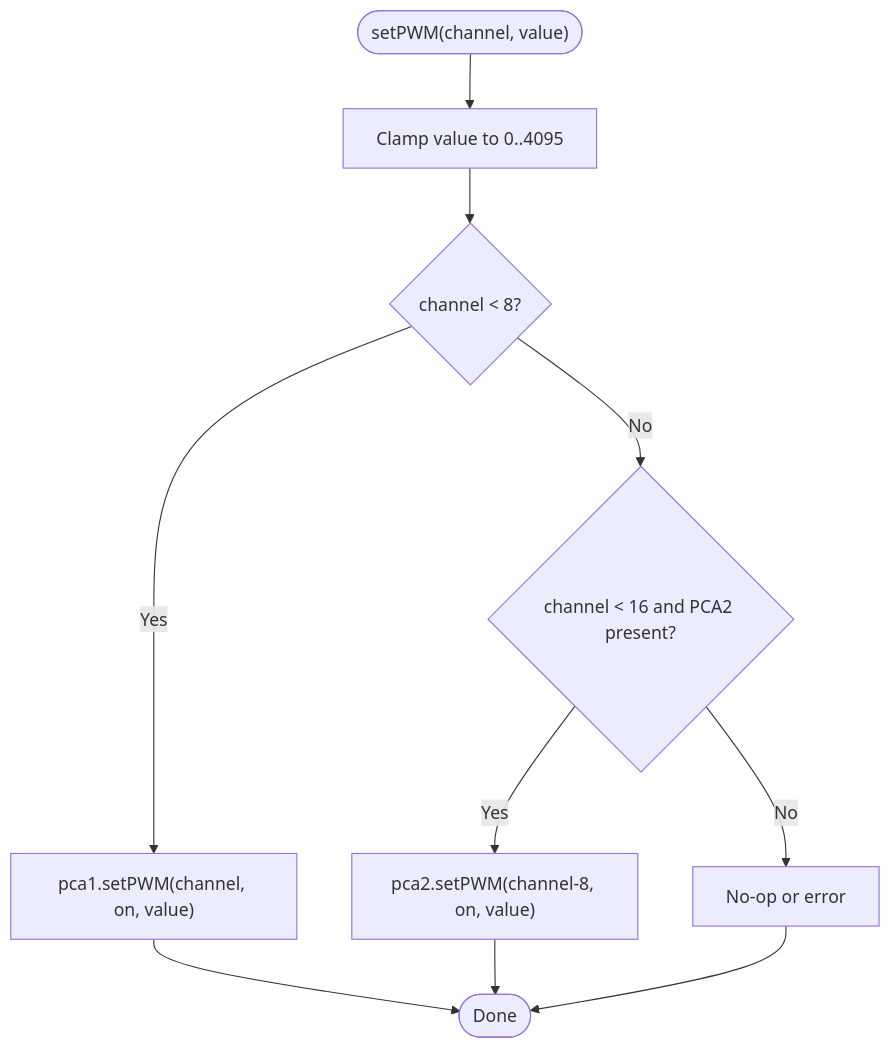
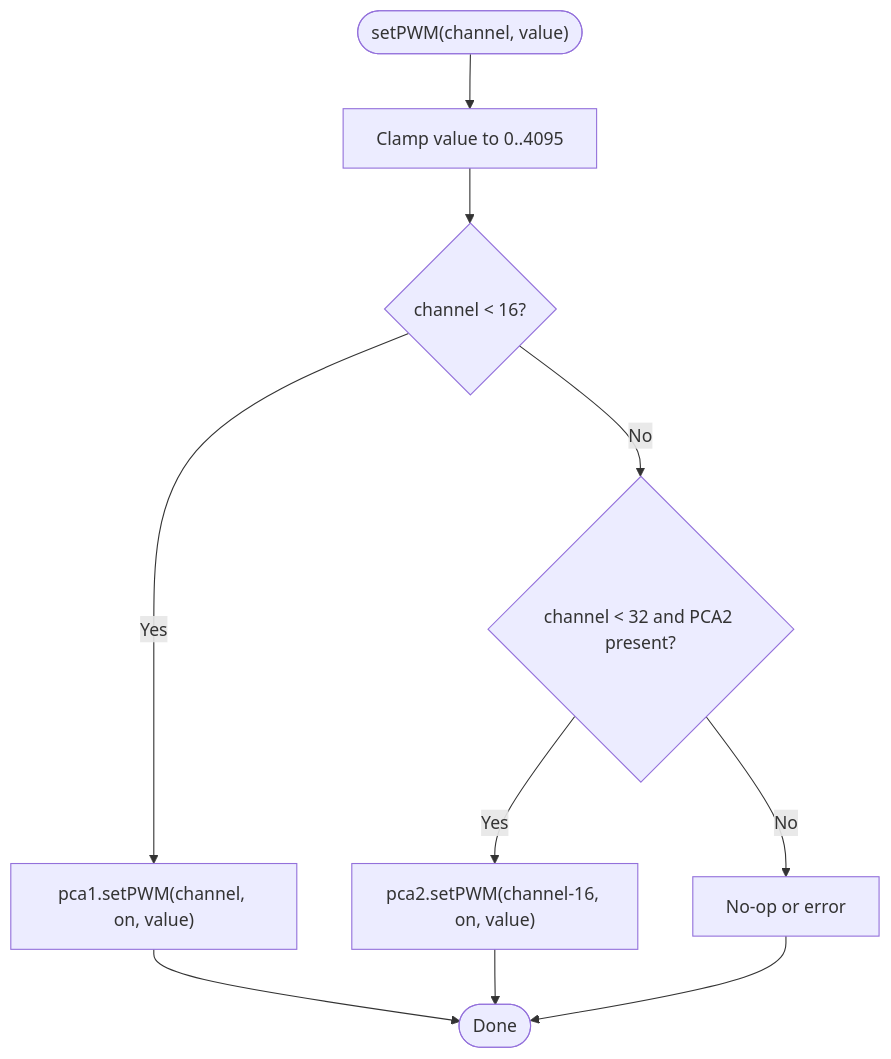
The fourth of 8 diagrams in .qoder/repowiki/en/content/ECU Implementations/Motor Driver ECU/PCA9685 PWM Control.md (gunicsba/ESP_CAN_ECU_joystick_collection), drawn with Mermaid before and after one commit. The commit also changed other lines of this file and 10 other files, not shown here.

````diff
--- a/.qoder/repowiki/en/content/ECU Implementations/Motor Driver ECU/PCA9685 PWM Control.md
+++ b/.qoder/repowiki/en/content/ECU Implementations/Motor Driver ECU/PCA9685 PWM Control.md
@@ -162,12 +171,12 @@
 ```mermaid
 flowchart TD
 In(["setPWM(channel, value)"]) --> Clamp["Clamp value to 0..4095"]
-Clamp --> Route{"channel < 8?"}
+Clamp --> Route{"channel < 16?"}
 Route --> |Yes| PCA1["pca1.setPWM(channel, on, value)"]
-Route --> |No| CheckPCA2{"channel < 16 and PCA2 present?"}
-CheckPCA2 --> |Yes| PCA2["pca2.setPWM(channel-8, on, value)"]
+Route --> |No| CheckPCA2{"channel < 32 and PCA2 present?"}
+CheckPCA2 --> |Yes| PCA2["pca2.setPWM(channel-16, on, value)"]
 CheckPCA2 --> |No| Ignore["No-op or error"]
 PCA1 --> Out(["Done"])
 PCA2 --> Out
 Ignore --> Out
 ```
````
